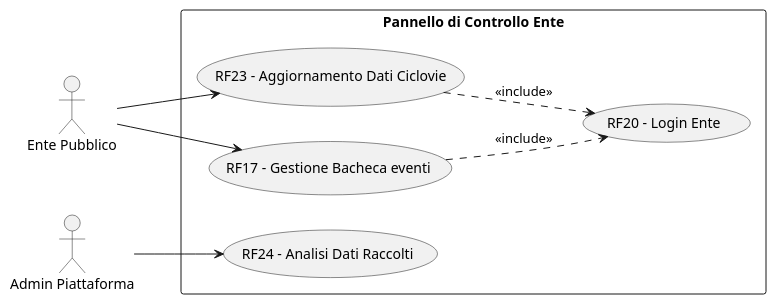
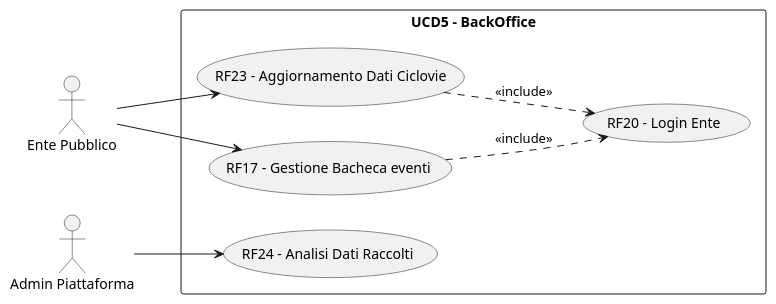
The diagram in src/backoffice.puml (AndrewDMC/UML_Cicloturismo), drawn with PlantUML before and after one commit. The commit also changed 14 other files, not shown here.

```diff
--- a/src/backoffice.puml
+++ b/src/backoffice.puml
@@ -1,26 +1,26 @@
-@startuml  
+@startuml  BackOffice
 
 left to right direction  
 skinparam packageStyle rectangle 
 
 actor "Ente Pubblico" as Ente  
 actor "Admin Piattaforma" as Admin 
 
-rectangle "Pannello di Controllo Ente" {  
+rectangle "UCD5 - BackOffice" {  
 
     usecase "RF20 - Login Ente" as RF20 
     usecase "RF23 - Aggiornamento Dati Ciclovie" as RF23  
     usecase "RF17 - Gestione Bacheca eventi" as RF17 
     usecase "RF24 - Analisi Dati Raccolti" as RF24   
 
 }  
 
 Ente --> RF23  
 Ente --> RF17 
 Admin --> RF24  
 
 'Inclusioni 
 RF23 ..> RF20 : <<include>>  
 RF17 ..> RF20 : <<include>>  
 
 @enduml 
```
